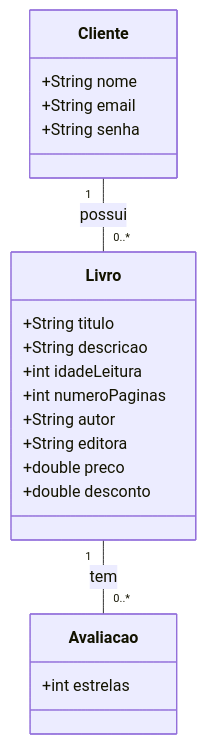
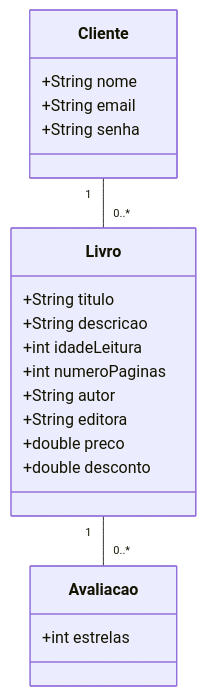
One commit to Gabriel-Farias-06/api-rest changed the diagram in README.md. Above: the diagram before and after it, drawn with Mermaid.

````diff
--- a/README.md
+++ b/README.md
@@ -2,26 +2,26 @@
 ```mermaid
 classDiagram
     class Cliente {
         +String nome
         +String email
         +String senha
     }
 
     class Livro {
         +String titulo
         +String descricao
         +int idadeLeitura
         +int numeroPaginas
         +String autor
         +String editora
         +double preco
         +double desconto
     }
 
     class Avaliacao {
         +int estrelas
     }
 
-    Cliente "1" -- "0..*" Livro : possui
-    Livro "1" -- "0..*" Avaliacao : tem
+    Cliente "1" -- "0..*" Livro
+    Livro "1" -- "0..*" Avaliacao
 ```
````
